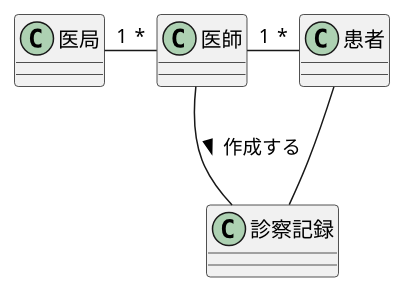
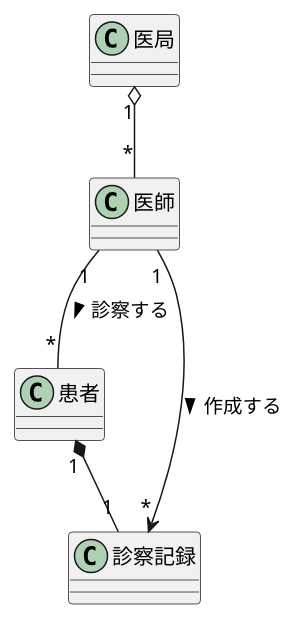
The diagram in 演習3-2_CL_医師と患者と医局と診療記録.pu (SatouSeira/uml-introduction), drawn with PlantUML before and after one commit.

Commit message:
雨！雨！

```diff
--- a/演習3-2_CL_医師と患者と医局と診療記録.pu
+++ b/演習3-2_CL_医師と患者と医局と診療記録.pu
@@ -1,10 +1,10 @@
 @startuml
 class 医師
 class 患者
 class 医局
 class 診察記録
-医師 "1" - "*" 患者
-医師 -- 診察記録 : 作成する >
-患者 -- 診察記録
-医局 "1" - "*" 医師
+医師 "1" -- "*" 患者 : 診察する >
+医師 "1" --> "*" 診察記録 : 作成する >
+患者 "1" *-- "1" 診察記録
+医局 "1" o-- "*" 医師
 @enduml
```
